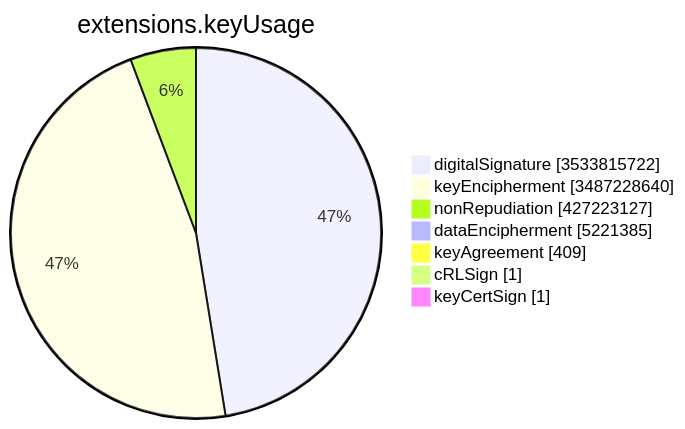
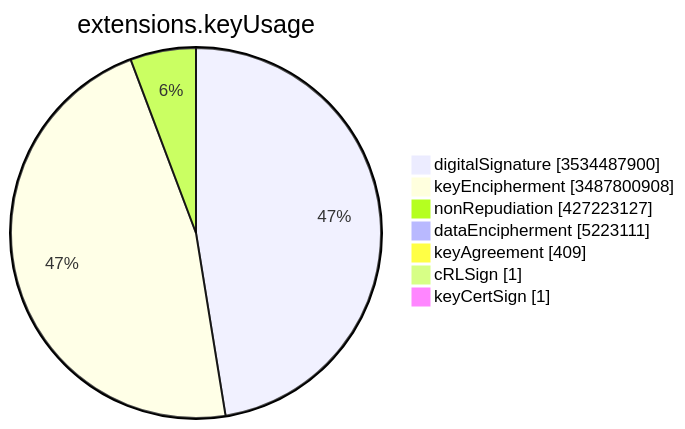
One commit to christiankrug/ctmonitor_visualization changed the sixth of 15 diagrams in TOTAL/README.md. Above: the diagram before and after it, drawn with Mermaid. The commit also changed other lines of this file, not shown here.

````diff
--- a/TOTAL/README.md
+++ b/TOTAL/README.md
@@ -3083,11 +3083,11 @@
 ```mermaid
 pie showData
 title extensions.keyUsage
-"digitalSignature" :3533815722
-"keyEncipherment" :3487228640
+"digitalSignature" :3534487900
+"keyEncipherment" :3487800908
 "nonRepudiation" :427223127
-"dataEncipherment" :5221385
+"dataEncipherment" :5223111
 "keyAgreement" :409
 "cRLSign" :1
 "keyCertSign" :1
 ```
````
